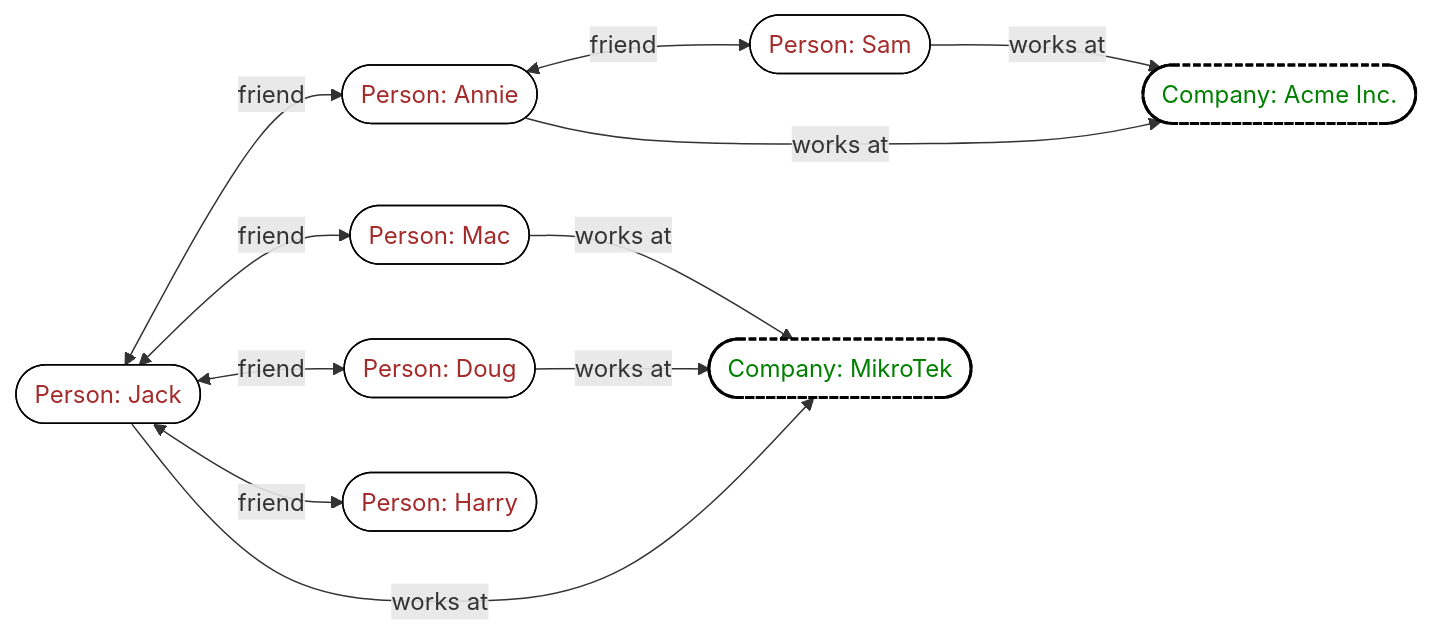
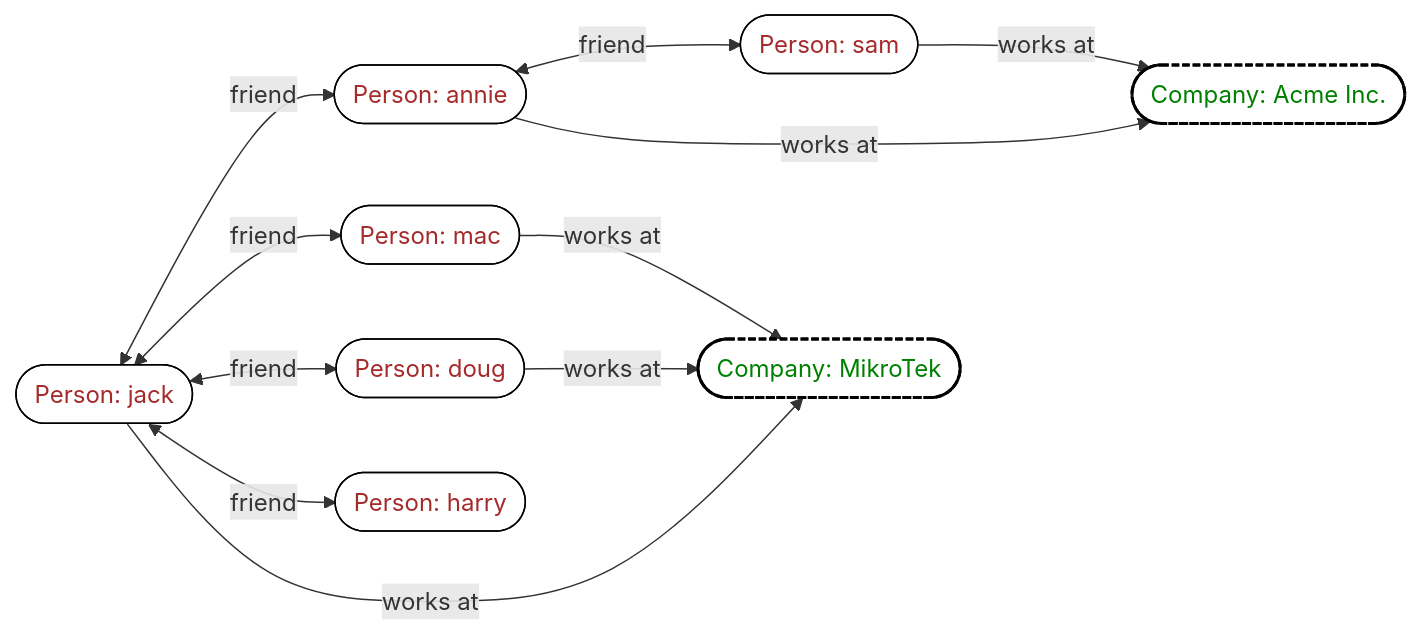
One commit to y-rosenthal/DataManagementUsingRSrc changed the second of 2 diagrams in sql0006-introToDatabases-v023.qmd. Above: the diagram before and after it, drawn with Mermaid. The commit also changed other lines of this file and 15 other files, not shown here.

````diff
--- a/sql0006-introToDatabases-v023.qmd
+++ b/sql0006-introToDatabases-v023.qmd
@@ -219,34 +489,34 @@
 ```{mermaid}
 graph LR
     %% Define nodes with type labels
-    Sam([Person: Sam])
-    Annie([Person: Annie])
-    Mac([Person: Mac])
-    Jack([Person: Jack])
-    Doug([Person: Doug])
-    Harry([Person: Harry])
+    sam([Person: sam])
+    annie([Person: annie])
+    mac([Person: mac])
+    jack([Person: jack])
+    doug([Person: doug])
+    harry([Person: harry])
     Acme([Company: Acme Inc.])
     MikroTek([Company: MikroTek])
     
     %% Friend relationships (bidirectional)
-    Annie <-->|friend| Sam
-    Jack <-->|friend| Annie
-    Jack <-->|friend| Mac
-    Jack <-->|friend| Doug
-    Jack <-->|friend| Harry
+    annie <-->|friend| sam
+    jack <-->|friend| annie
+    jack <-->|friend| mac
+    jack <-->|friend| doug
+    jack <-->|friend| harry
     
     %% Work relationships
-    Sam -->|works at| Acme
-    Annie -->|works at| Acme
-    Mac -->|works at| MikroTek
-    Jack -->|works at| MikroTek
-    Doug -->|works at| MikroTek
+    sam -->|works at| Acme
+    annie -->|works at| Acme
+    mac -->|works at| MikroTek
+    jack -->|works at| MikroTek
+    doug -->|works at| MikroTek
     
     %% Styling for nodes - white background with black borders and text
     classDef person fill:white,stroke:black,stroke-width:1px,color:brown;
     classDef company fill:white,stroke:black,stroke-width:2px,stroke-dasharray:5 2,color:green;
     
     %% Apply styles
-    class Sam,Annie,Mac,Jack,Doug,Harry person;
+    class sam,annie,mac,jack,doug,harry person;
     class Acme,MikroTek company;
 ```
````
